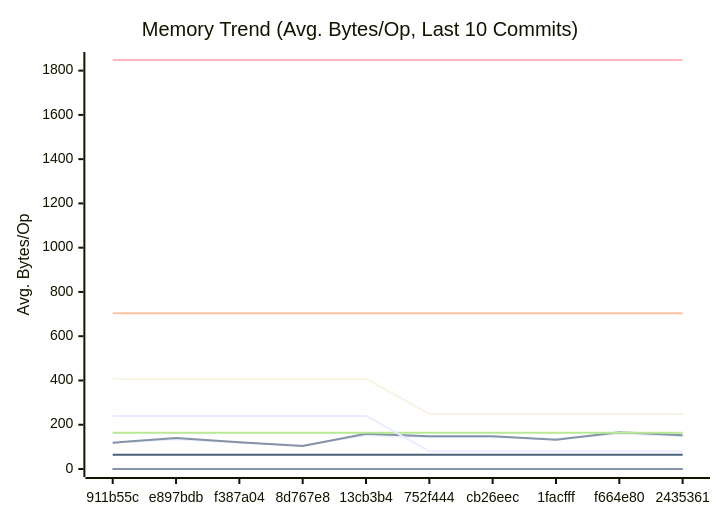
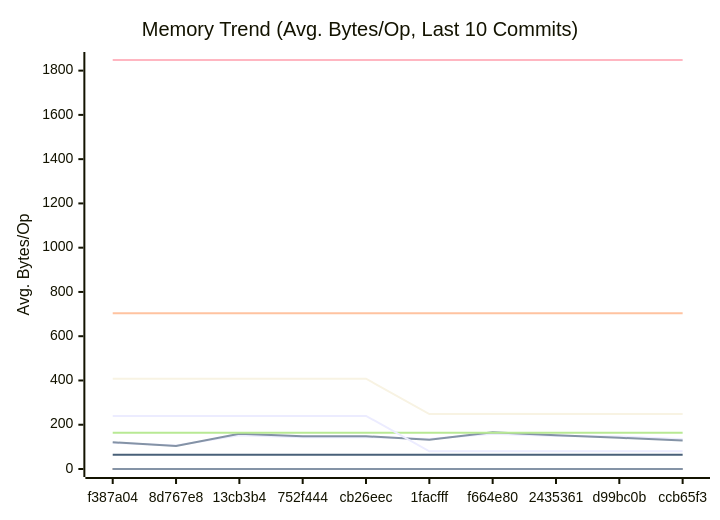
Before and after one commit to alsotoes/momo: the second of 3 diagrams in docs/PERFORMANCE.md, drawn with Mermaid. The commit also changed other lines of this file and 7 other files, not shown here.

````diff
--- a/docs/PERFORMANCE.md
+++ b/docs/PERFORMANCE.md
@@ -171,20 +171,20 @@
 ```mermaid
 xychart-beta
     title "Memory Trend (Avg. Bytes/Op, Last 10 Commits)"
     x-axis "Commit"
     y-axis "Avg. Bytes/Op"
-    x-axis [911b55c,e897bdb,f387a04,8d767e8,13cb3b4,752f444,cb26eec,1facfff,f664e80,2435361]
-    line "AWSChunkedReaderSigned" [119,134,119,106,152,144,144,136,159,149]
-    line "AWSChunkedReaderUnsigned" [119,140,121,104,159,148,148,132,166,153]
+    x-axis [f387a04,8d767e8,13cb3b4,752f444,cb26eec,1facfff,f664e80,2435361,d99bc0b,ccb65f3]
+    line "AWSChunkedReaderSigned" [119,106,152,144,144,136,159,149,147,134]
+    line "AWSChunkedReaderUnsigned" [121,104,159,148,148,132,166,153,141,129]
     line "CheckMetricsAndSwap" [0,0,0,0,0,0,0,0,0,0]
     line "CrushOptimized" [0,0,0,0,0,0,0,0,0,0]
     line "CrushOriginal" [164,164,164,164,164,164,164,164,164,164]
     line "IndexDirectTracking" [0,0,0,0,0,0,0,0,0,0]
     line "IndexSearch" [0,0,0,0,0,0,0,0,0,0]
     line "LoadGlobalConfig" [1848,1848,1848,1848,1848,1848,1848,1848,1848,1848]
     line "PadString" [64,64,64,64,64,64,64,64,64,64]
     line "ParseReplicationOrder_NoPrealloc" [408,408,408,408,408,248,248,248,248,248]
     line "ParseReplicationOrder_Prealloc" [240,240,240,240,240,80,80,80,80,80]
     line "SanitizeLog/Safe" [0,0,0,0,0,0,0,0,0,0]
     line "SanitizeLog/Unsafe" [704,704,704,704,704,704,704,704,704,704]
 ```
````
